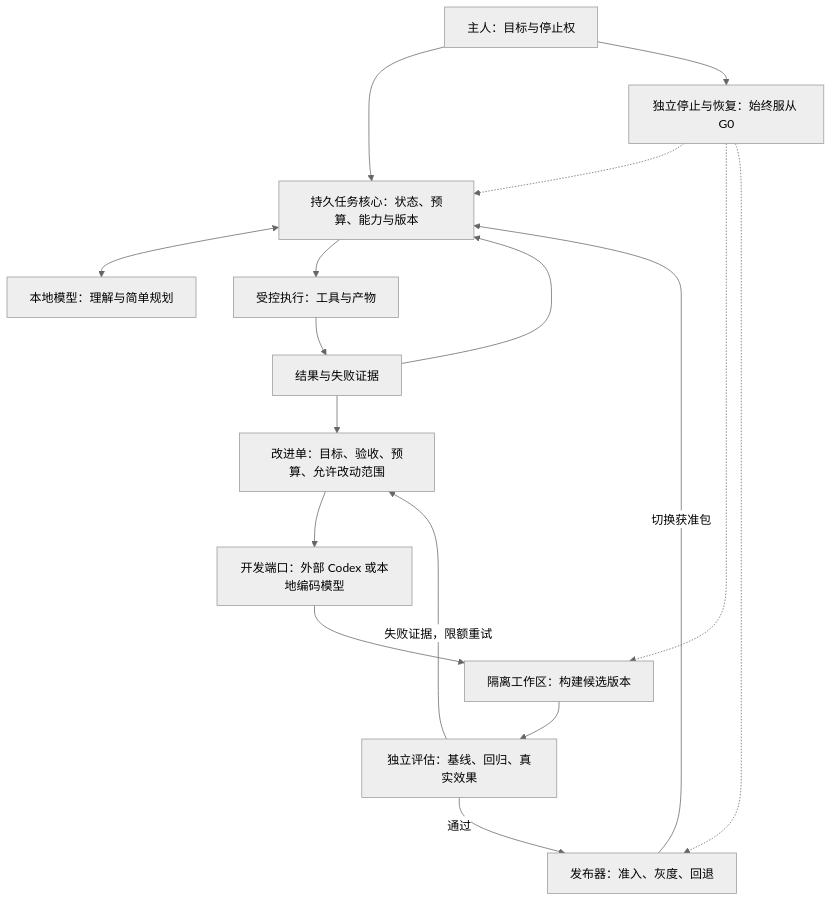
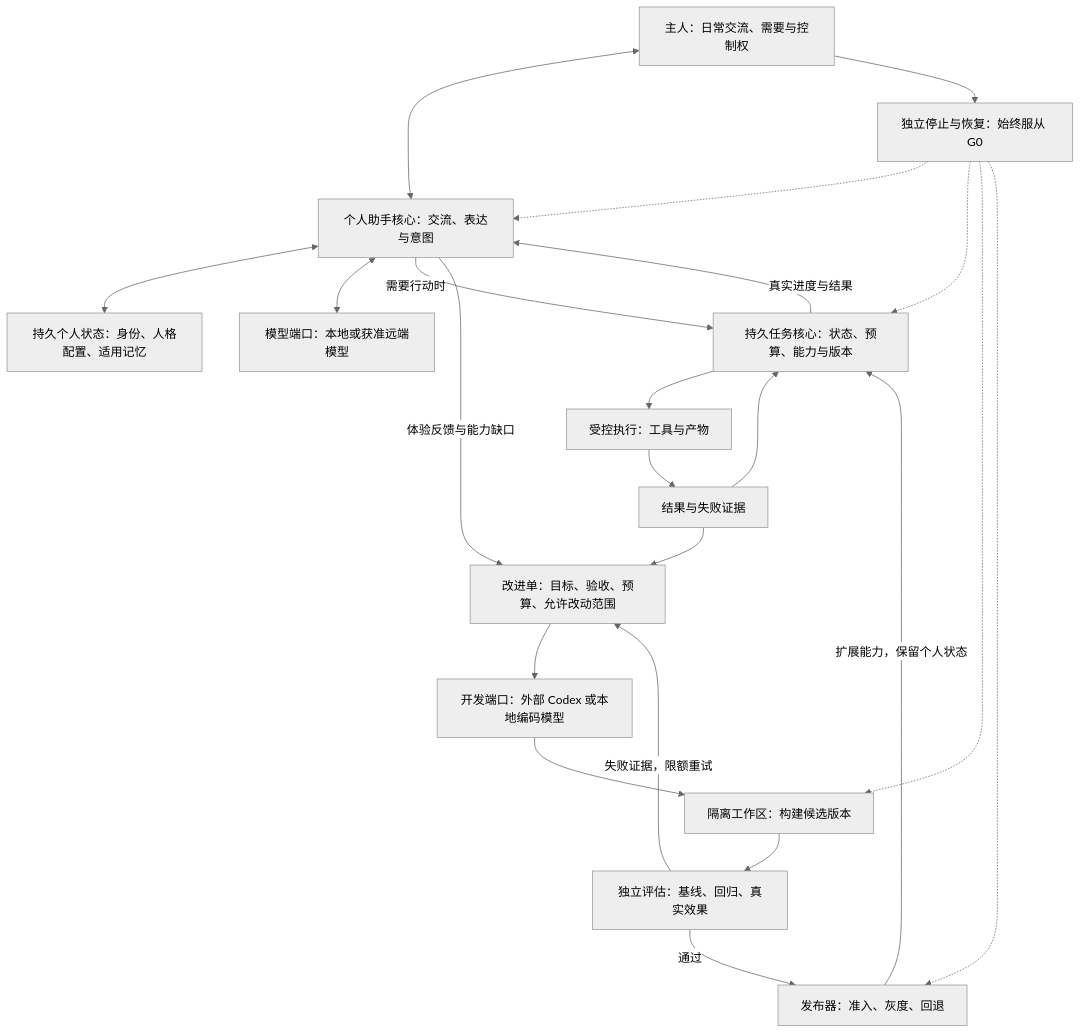
The diagram in docs/diagrams/seed-core.mmd (Samuel521199/JarvisSystem), drawn with Mermaid (neutral theme) before and after one commit. The commit also changed 693 other files, not shown here.

```diff
--- a/docs/diagrams/seed-core.mmd
+++ b/docs/diagrams/seed-core.mmd
@@ -1,28 +1,35 @@
 flowchart TB
-    Owner["主人：目标与停止权"]
+    Owner["主人：日常交流、需要与控制权"]
+    Assistant["个人助手核心：交流、表达与意图"]
+    Personal["持久个人状态：身份、人格配置、适用记忆"]
     Core["持久任务核心：状态、预算、能力与版本"]
-    Model["本地模型：理解与简单规划"]
+    Model["模型端口：本地或获准远端模型"]
     Executor["受控执行：工具与产物"]
     Feedback["结果与失败证据"]
     Improve["改进单：目标、验收、预算、允许改动范围"]
     Coder["开发端口：外部 Codex 或本地编码模型"]
     Build["隔离工作区：构建候选版本"]
     Evaluate["独立评估：基线、回归、真实效果"]
     Release["发布器：准入、灰度、回退"]
     Stop["独立停止与恢复：始终服从 G0"]
-    Owner --> Core
-    Core <--> Model
+    Owner <--> Assistant
+    Assistant <--> Personal
+    Assistant <--> Model
+    Assistant -->|"需要行动时"| Core
+    Core -->|"真实进度与结果"| Assistant
     Core --> Executor
     Executor --> Feedback
     Feedback --> Core
     Feedback --> Improve
+    Assistant -->|"体验反馈与能力缺口"| Improve
     Improve --> Coder
     Coder --> Build
     Build --> Evaluate
     Evaluate -->|"通过"| Release
     Evaluate -->|"失败证据，限额重试"| Improve
-    Release -->|"切换获准包"| Core
+    Release -->|"扩展能力，保留个人状态"| Core
+    Stop -.-> Assistant
     Stop -.-> Core
     Stop -.-> Build
     Stop -.-> Release
     Owner --> Stop
```
